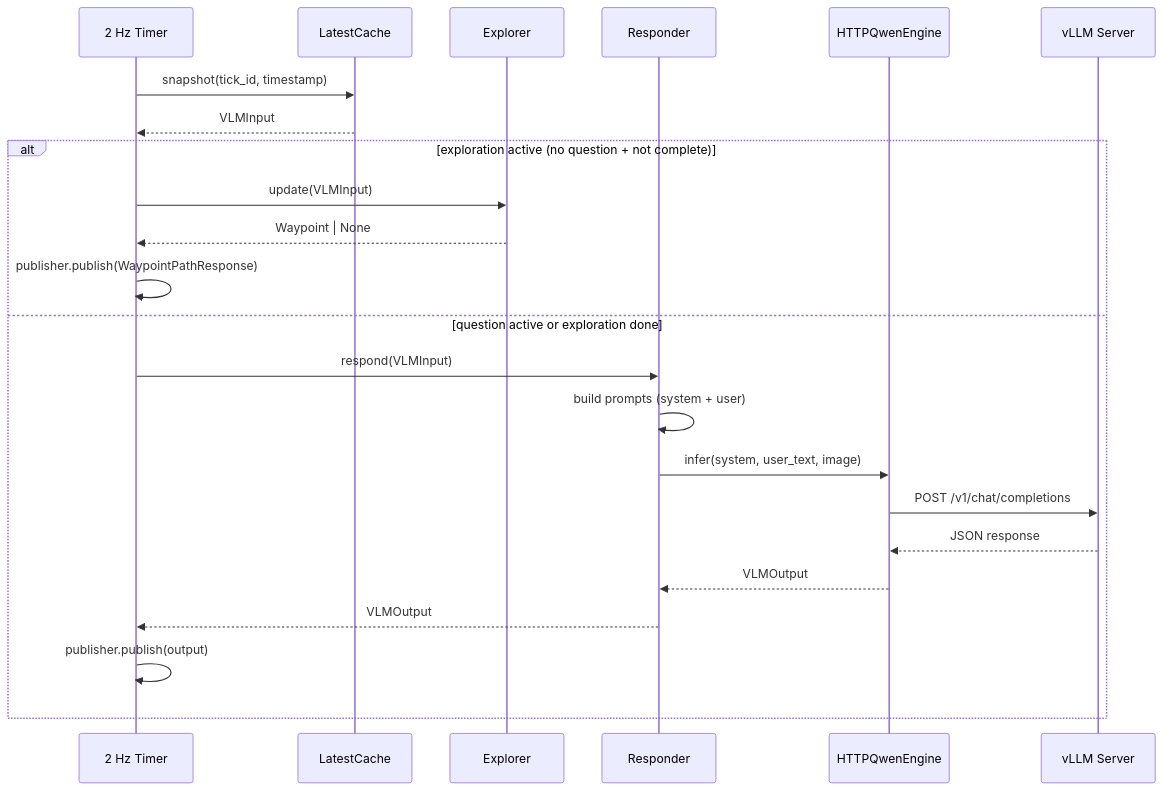
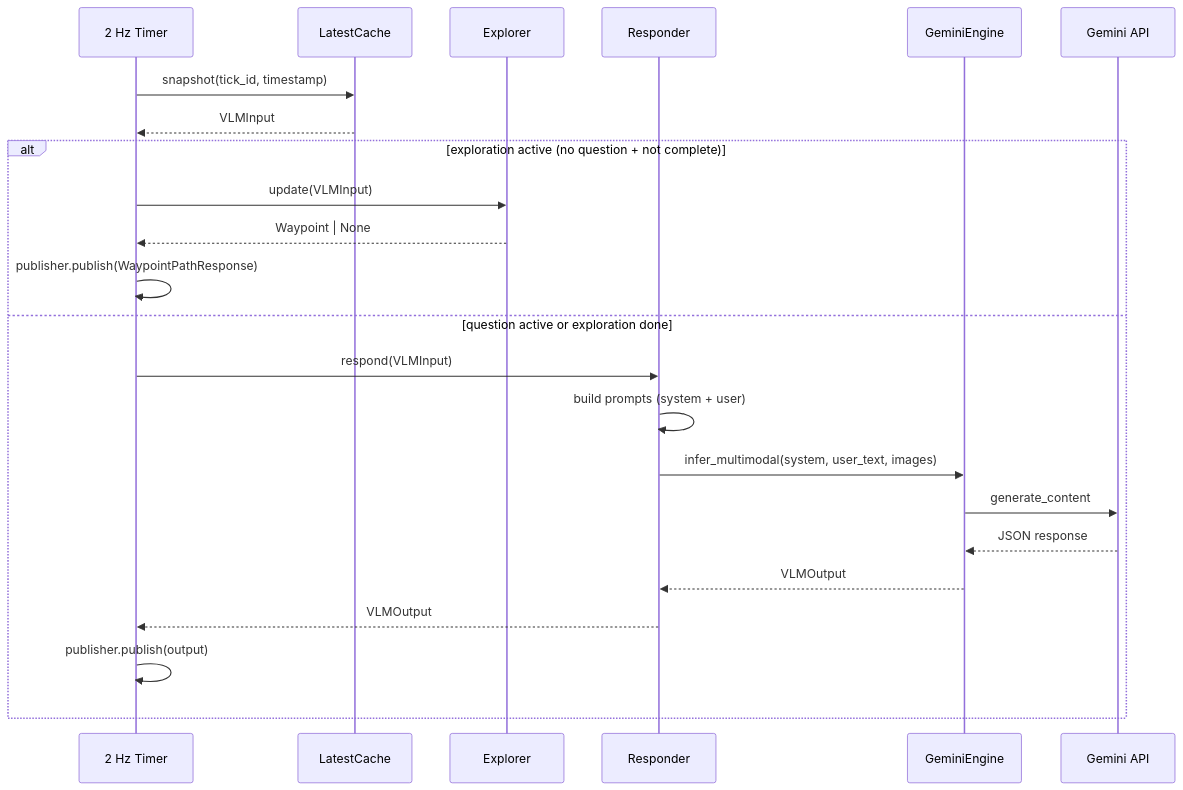
Before and after one commit to ginlov/xiao-hei-vln-cmu: the third of 3 diagrams in docs/architecture.md, drawn with Mermaid. The commit also changed other lines of this file and 81 other files, not shown here.

````diff
--- a/docs/architecture.md
+++ b/docs/architecture.md
@@ -109,27 +112,27 @@
 ```mermaid
 sequenceDiagram
     participant Timer as 2 Hz Timer
     participant Cache as LatestCache
     participant Exp as Explorer
     participant Resp as Responder
-    participant Engine as HTTPQwenEngine
-    participant vLLM as vLLM Server
+    participant Engine as GeminiEngine
+    participant Gemini as Gemini API
 
     Timer->>Cache: snapshot(tick_id, timestamp)
     Cache-->>Timer: VLMInput
 
     alt exploration active (no question + not complete)
         Timer->>Exp: update(VLMInput)
         Exp-->>Timer: Waypoint | None
         Timer->>Timer: publisher.publish(WaypointPathResponse)
     else question active or exploration done
         Timer->>Resp: respond(VLMInput)
         Resp->>Resp: build prompts (system + user)
-        Resp->>Engine: infer(system, user_text, image)
-        Engine->>vLLM: POST /v1/chat/completions
-        vLLM-->>Engine: JSON response
+        Resp->>Engine: infer_multimodal(system, user_text, images)
+        Engine->>Gemini: generate_content
+        Gemini-->>Engine: JSON response
         Engine-->>Resp: VLMOutput
         Resp-->>Timer: VLMOutput
         Timer->>Timer: publisher.publish(output)
     end
 ```
````
